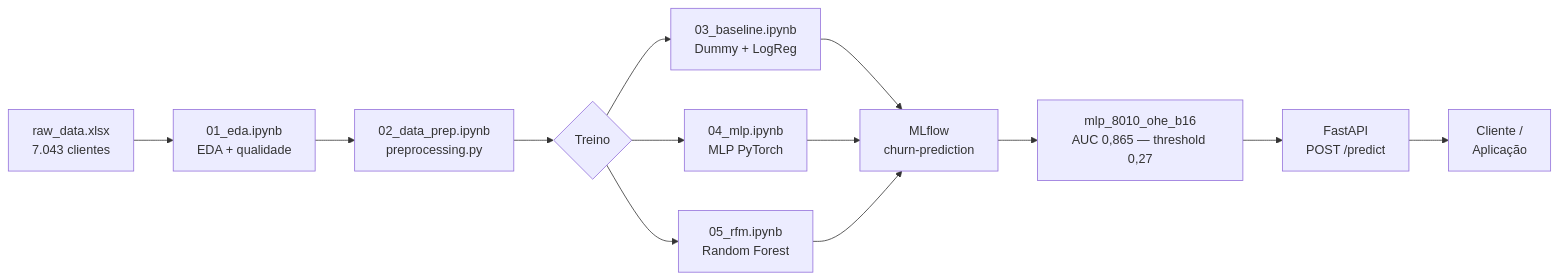
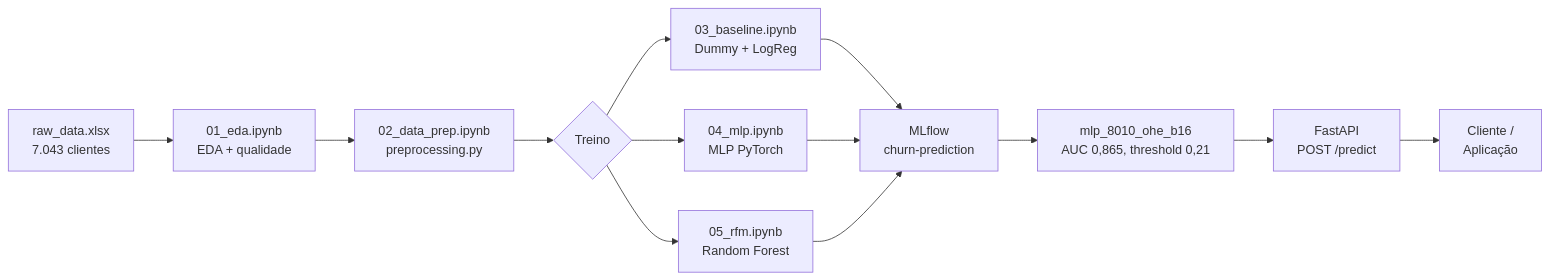
One commit to NycolasGarcia/Churn-Prediction-ANN changed the diagram in README.md. Above: the diagram before and after it, drawn with Mermaid. The commit also changed other lines of this file and 5 other files, not shown here.

````diff
--- a/README.md
+++ b/README.md
@@ -94,15 +189,15 @@
 ```mermaid
 flowchart LR
     A[raw_data.xlsx\n7.043 clientes] --> B[01_eda.ipynb\nEDA + qualidade]
     B --> C[02_data_prep.ipynb\npreprocessing.py]
     C --> D{Treino}
     D --> E[03_baseline.ipynb\nDummy + LogReg]
     D --> F[04_mlp.ipynb\nMLP PyTorch]
     D --> G[05_rfm.ipynb\nRandom Forest]
     E --> H[MLflow\nchurn-prediction]
     F --> H
     G --> H
-    H --> I[mlp_8010_ohe_b16\nAUC 0,865 — threshold 0,27]
+    H --> I[mlp_8010_ohe_b16\nAUC 0,865, threshold 0,21]
     I --> J[FastAPI\nPOST /predict]
     J --> K[Cliente /\nAplicação]
 ```
````
